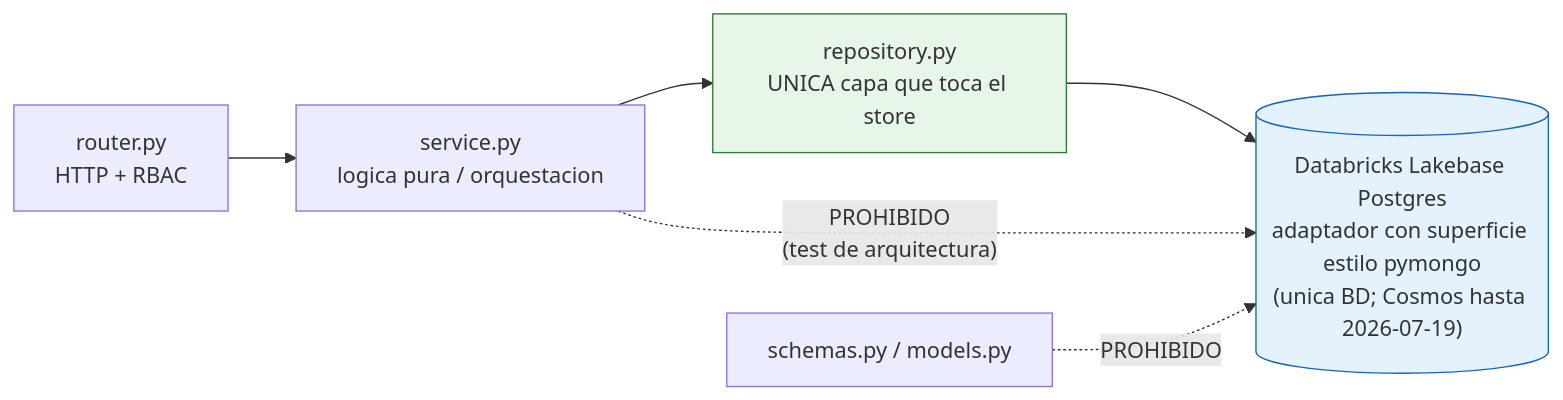
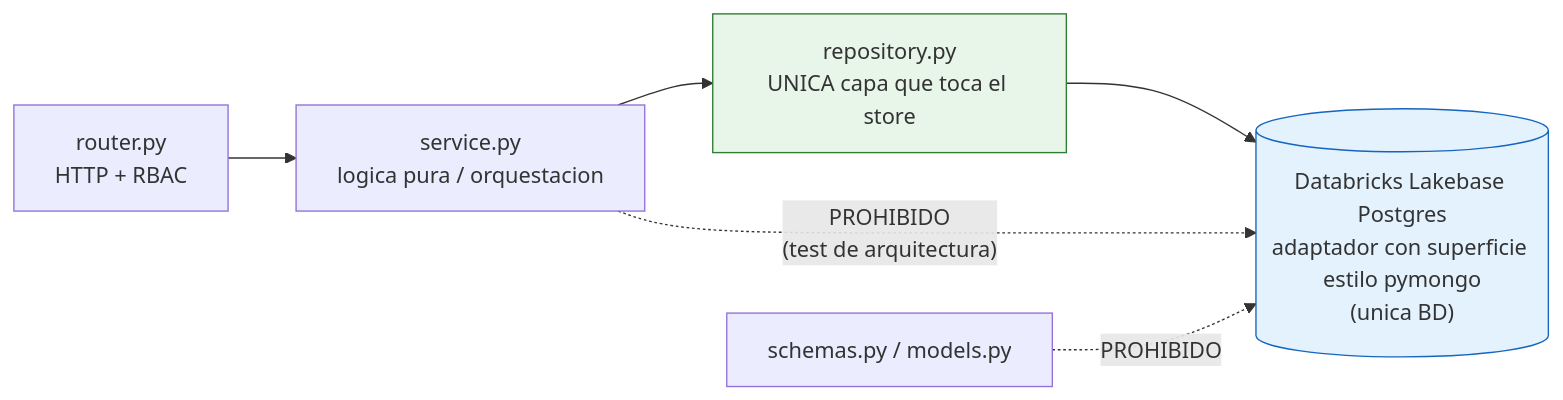
The second of 6 diagrams in doc/testing.md (Carlosmps97/backend-data-model-hub), drawn with Mermaid before and after one commit. The commit also changed other lines of this file and 48 other files, not shown here.

````diff
--- a/doc/testing.md
+++ b/doc/testing.md
@@ -187,10 +186,10 @@
 ```mermaid
 flowchart LR
     R["router.py<br/>HTTP + RBAC"] --> S["service.py<br/>logica pura / orquestacion"]
     S --> Repo["repository.py<br/>UNICA capa que toca el store"]
-    Repo --> DB[("Databricks Lakebase Postgres<br/>adaptador con superficie estilo pymongo<br/>(unica BD; Cosmos hasta 2026-07-19)")]
+    Repo --> DB[("Databricks Lakebase Postgres<br/>adaptador con superficie estilo pymongo<br/>(unica BD)")]
     S -. "PROHIBIDO<br/>(test de arquitectura)" .-> DB
     Sch["schemas.py / models.py"] -. "PROHIBIDO" .-> DB
     style Repo fill:#e8f5e9,stroke:#2e7d32
     style DB fill:#e3f2fd,stroke:#1565c0
 ```
````
